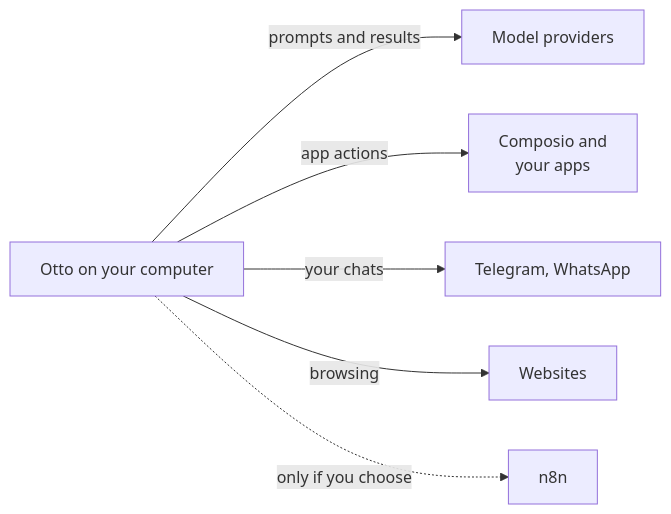
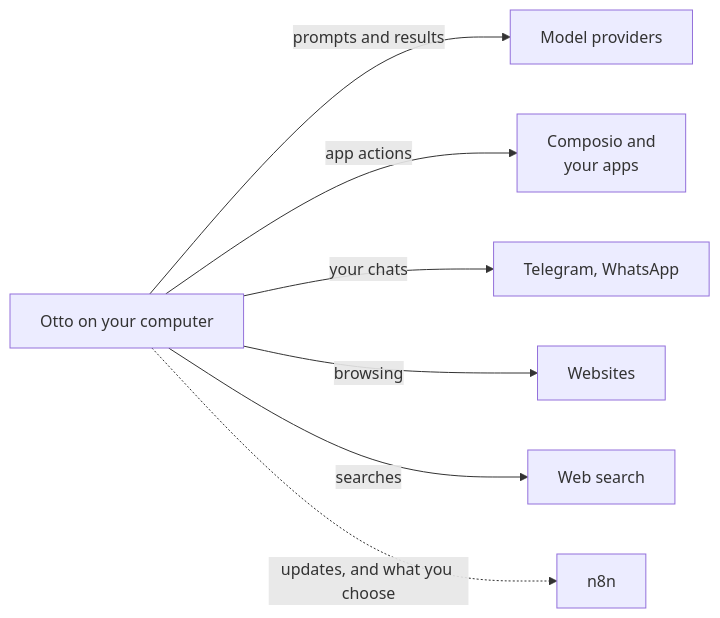
One commit to KrishBhimani/nod changed the diagram in docs/src/content/docs/trust/privacy.md. Above: the diagram before and after it, drawn with Mermaid. The commit also changed other lines of this file and 2 other files, not shown here.

Commit message:
docs: list n8n update checks and web search, and fix memory and checker facts (#292)

````diff
--- a/docs/src/content/docs/trust/privacy.md
+++ b/docs/src/content/docs/trust/privacy.md
@@ -25,9 +25,10 @@
 ```mermaid
 flowchart LR
   otto[Otto on your computer]:::accent
   otto -- prompts and results --> model[Model providers]
   otto -- app actions --> apps[Composio and<br/>your apps]
   otto -- your chats --> chat[Telegram, WhatsApp]
   otto -- browsing --> web[Websites]
-  otto -. only if you choose .-> n8n[n8n]:::muted
+  otto -- searches --> search[Web search]
+  otto -. updates, and what you choose .-> n8n[n8n]:::muted
 ```
````
